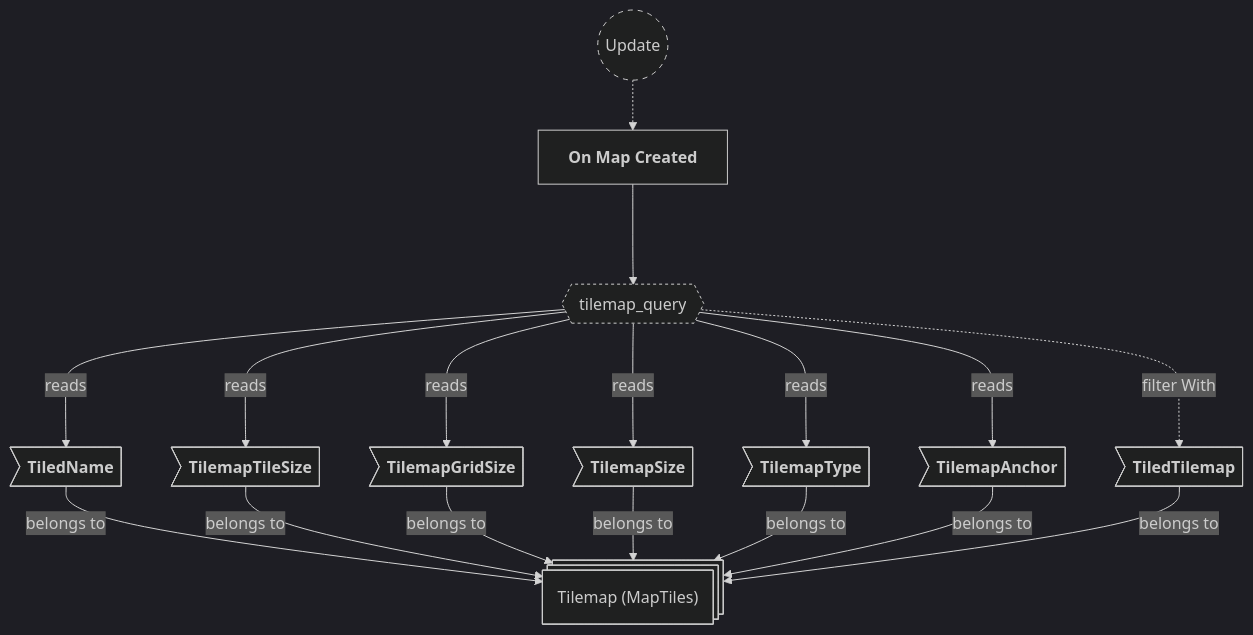
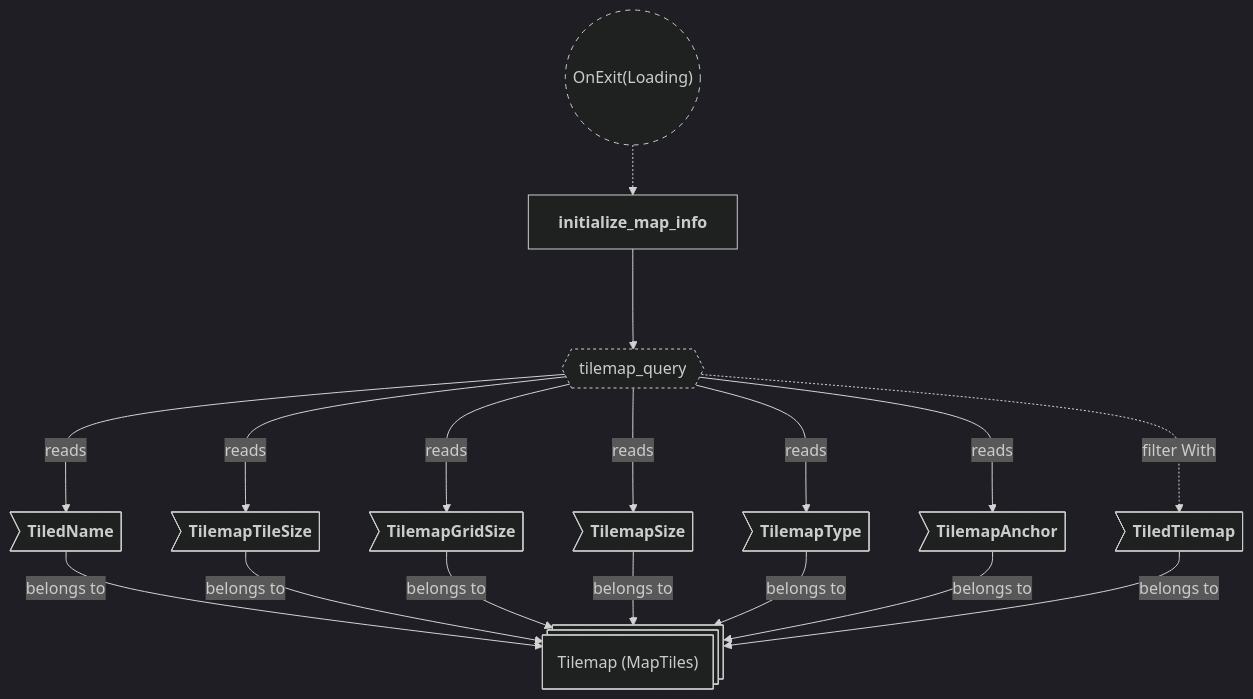
The first of 10 diagrams in backlog/docs/doc-3 - 001-Maps-plugin.md (neurosoup/tyled), drawn with Mermaid before and after one commit. The commit also changed other lines of this file and 9 other files, not shown here.

````diff
--- a/backlog/docs/doc-3 - 001-Maps-plugin.md
+++ b/backlog/docs/doc-3 - 001-Maps-plugin.md
@@ -103,36 +72,36 @@
 ```mermaid
 ---
 config:
   theme: dark
 ---
 
 flowchart TD
 classDef system-group stroke-dasharray: 5 5
 classDef query stroke-dasharray: 3 3
 
-update(("`Update`")):::system-group
-on_map_created["`**On Map Created**`"]
+on_exit_loading(("`OnExit(Loading)`")):::system-group
+initialize_map_info["`**initialize_map_info**`"]
 
-update -.-> on_map_created
+on_exit_loading -.-> initialize_map_info
 
 tilemap_query{{"`tilemap_query`"}}:::query
-on_map_created ---> tilemap_query
+initialize_map_info ---> tilemap_query
 
 tilemap_entity@{ shape: st-rect, label: "Tilemap (MapTiles)" }
 
 tm_name>"`**TiledName**`"] --> |belongs to| tilemap_entity
 tm_tile_size>"`**TilemapTileSize**`"] --> |belongs to| tilemap_entity
 tm_grid_size>"`**TilemapGridSize**`"] --> |belongs to| tilemap_entity
 tm_map_size>"`**TilemapSize**`"] --> |belongs to| tilemap_entity
 tm_map_type>"`**TilemapType**`"] --> |belongs to| tilemap_entity
 tm_anchor>"`**TilemapAnchor**`"] --> |belongs to| tilemap_entity
 tm_marker>"`**TiledTilemap**`"] --> |belongs to| tilemap_entity
 
 tilemap_query ---> |reads| tm_name
 tilemap_query ---> |reads| tm_tile_size
 tilemap_query ---> |reads| tm_grid_size
 tilemap_query ---> |reads| tm_map_size
 tilemap_query ---> |reads| tm_map_type
 tilemap_query ---> |reads| tm_anchor
 tilemap_query -..-> |filter With| tm_marker
 ```
````
